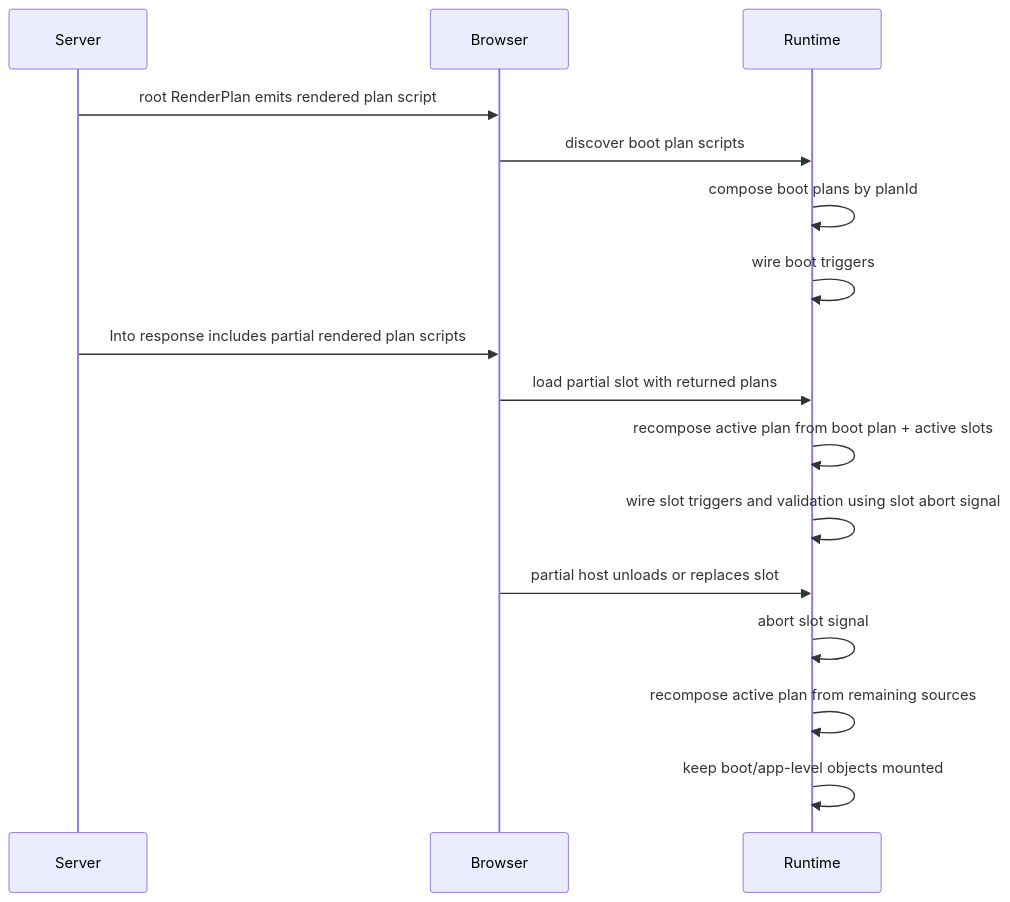
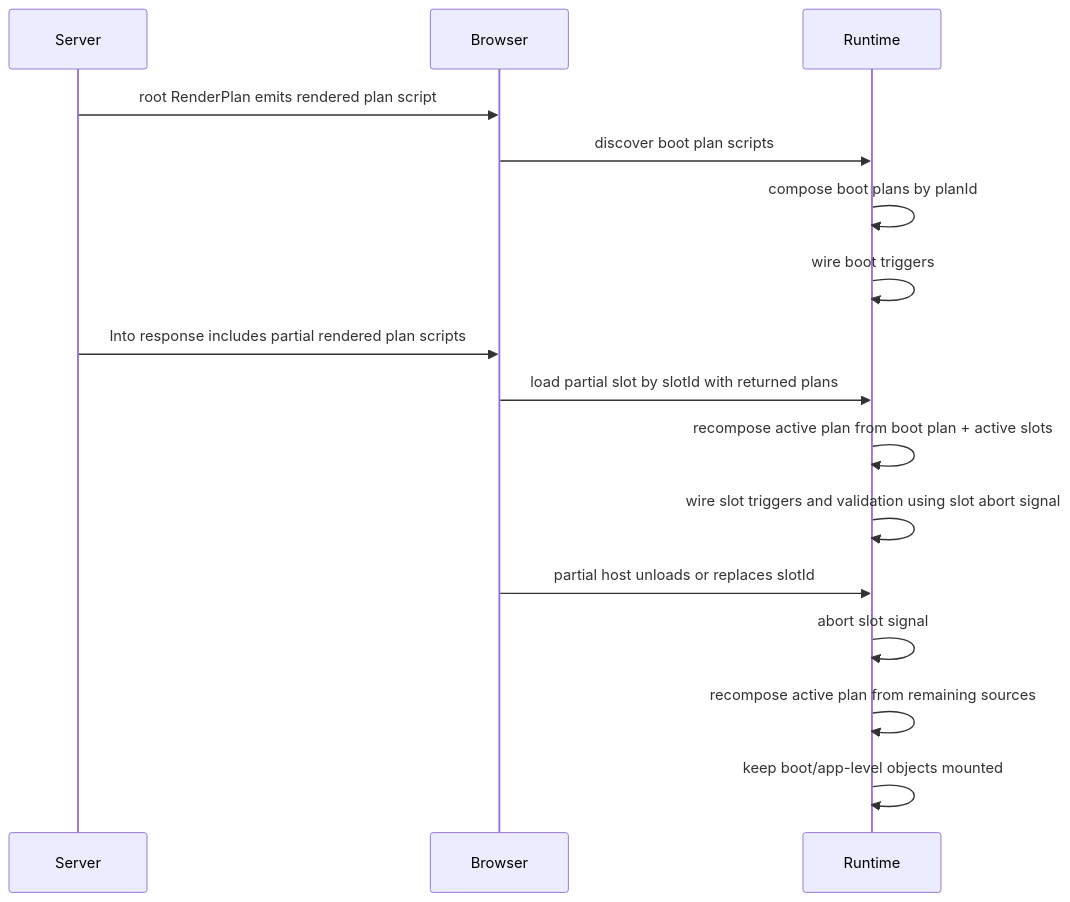
One commit to marafiq/alis-reactive changed the third of 8 diagrams in docs/design/reactive-plan-domain-design.md. Above: the diagram before and after it, drawn with Mermaid. The commit also changed other lines of this file and 3 other files, not shown here.

Commit message:
Clarify partial slot composition

````diff
--- a/docs/design/reactive-plan-domain-design.md
+++ b/docs/design/reactive-plan-domain-design.md
@@ -155,21 +155,21 @@
 ```mermaid
 sequenceDiagram
     participant Server
     participant Browser
     participant Runtime
 
     Server->>Browser: root RenderPlan emits rendered plan script
     Browser->>Runtime: discover boot plan scripts
     Runtime->>Runtime: compose boot plans by planId
     Runtime->>Runtime: wire boot triggers
 
     Server->>Browser: Into response includes partial rendered plan scripts
-    Browser->>Runtime: load partial slot with returned plans
+    Browser->>Runtime: load partial slot by slotId with returned plans
     Runtime->>Runtime: recompose active plan from boot plan + active slots
     Runtime->>Runtime: wire slot triggers and validation using slot abort signal
 
-    Browser->>Runtime: partial host unloads or replaces slot
+    Browser->>Runtime: partial host unloads or replaces slotId
     Runtime->>Runtime: abort slot signal
     Runtime->>Runtime: recompose active plan from remaining sources
     Runtime->>Runtime: keep boot/app-level objects mounted
 ```
````
